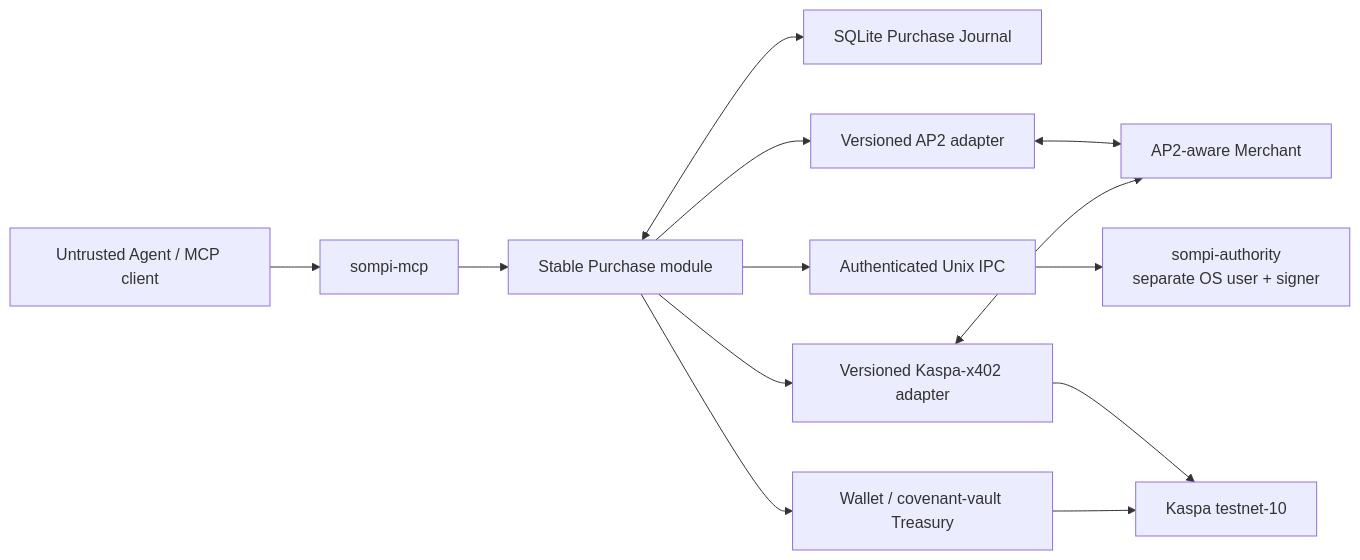
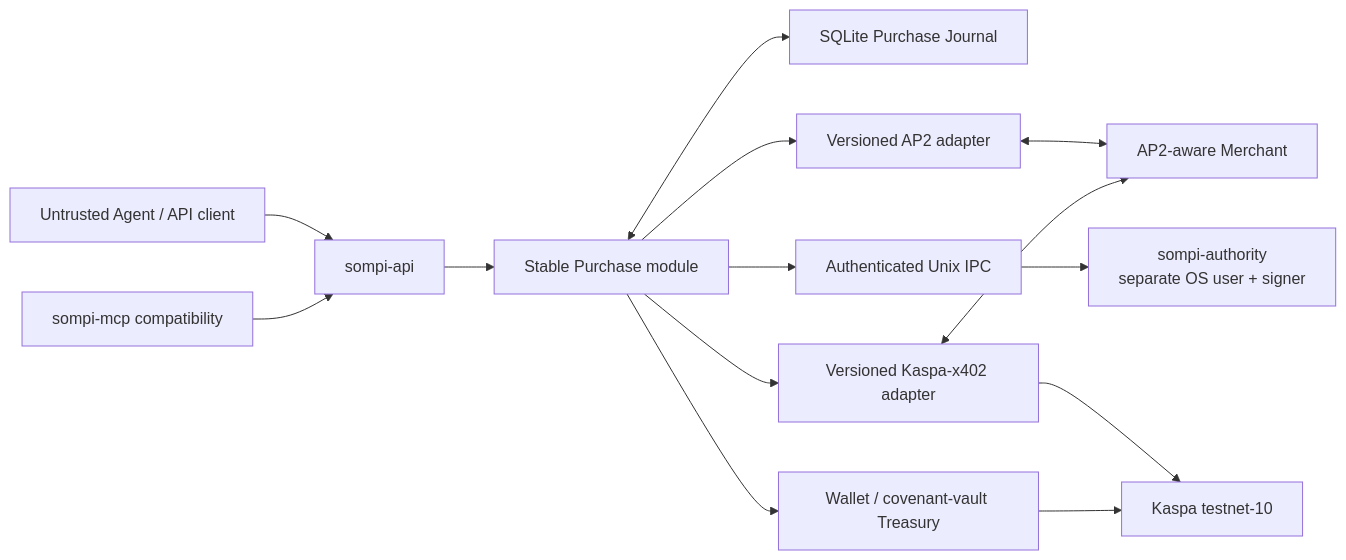
One commit to elldeeone/sompi changed the diagram in README.md. Above: the diagram before and after it, drawn with Mermaid. The commit also changed other lines of this file and 153 other files, not shown here.

Commit message:
Cut over Sompi to alpha.8 API and payment lifecycles

````diff
--- a/README.md
+++ b/README.md
@@ -23,15 +23,16 @@
 ```mermaid
 flowchart LR
-  A["Untrusted Agent / MCP client"] --> M["sompi-mcp"]
-  M --> P["Stable Purchase module"]
+  A["Untrusted Agent / API client"] --> API["sompi-api"]
+  MCP["sompi-mcp compatibility"] --> API
+  API --> P["Stable Purchase module"]
   P <--> J["SQLite Purchase Journal"]
   P --> AP2["Versioned AP2 adapter"]
   AP2 <--> H["AP2-aware Merchant"]
   P --> AUTH["Authenticated Unix IPC"]
   AUTH --> U["sompi-authority\nseparate OS user + signer"]
   P --> X["Versioned Kaspa-x402 adapter"]
   X <--> H
   X --> K["Kaspa testnet-10"]
   P --> T["Wallet / covenant-vault Treasury"]
   T --> K
 ```
````
